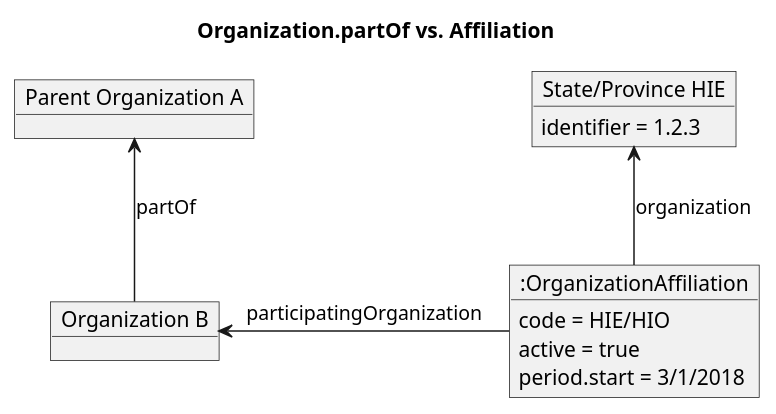
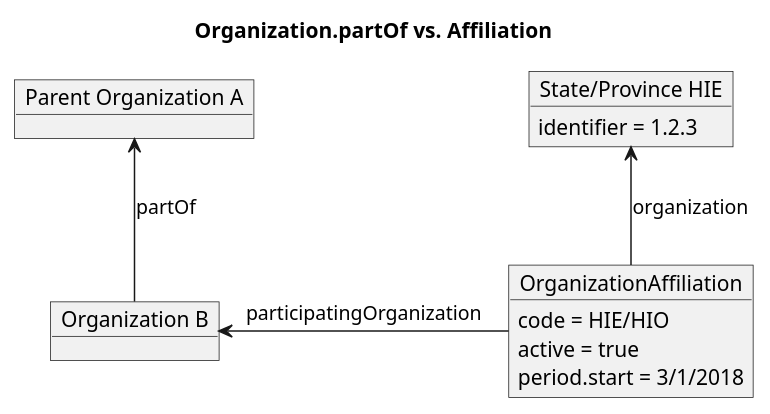
One commit to IHE/ITI.mCSD changed the diagram in input/images-source/usecase5-diagram.plantuml. Above: the diagram before and after it, drawn with PlantUML. The commit also changed 27 other files, not shown here.

```diff
--- a/input/images-source/usecase5-diagram.plantuml
+++ b/input/images-source/usecase5-diagram.plantuml
@@ -1,23 +1,23 @@
-@startuml
+@startuml usecase5-diagram
 hide footbox
 
 title Organization.partOf vs. Affiliation
 
 object "Organization B" as OrganizationB
 object "Parent Organization A" as OrganizationA
 
 OrganizationA <-- OrganizationB : partOf
 
 object "State/Province HIE" as OrganizationD
 OrganizationD : identifier = 1.2.3
-object ":OrganizationAffiliation" as OrgAff
+object "OrganizationAffiliation" as OrgAff
 
 OrgAff : code = HIE/HIO
 OrgAff : active = true
 OrgAff : period.start = 3/1/2018
 
 
 OrganizationB <- OrgAff : participatingOrganization
 OrganizationD <-- OrgAff : organization
 
 @enduml
```
